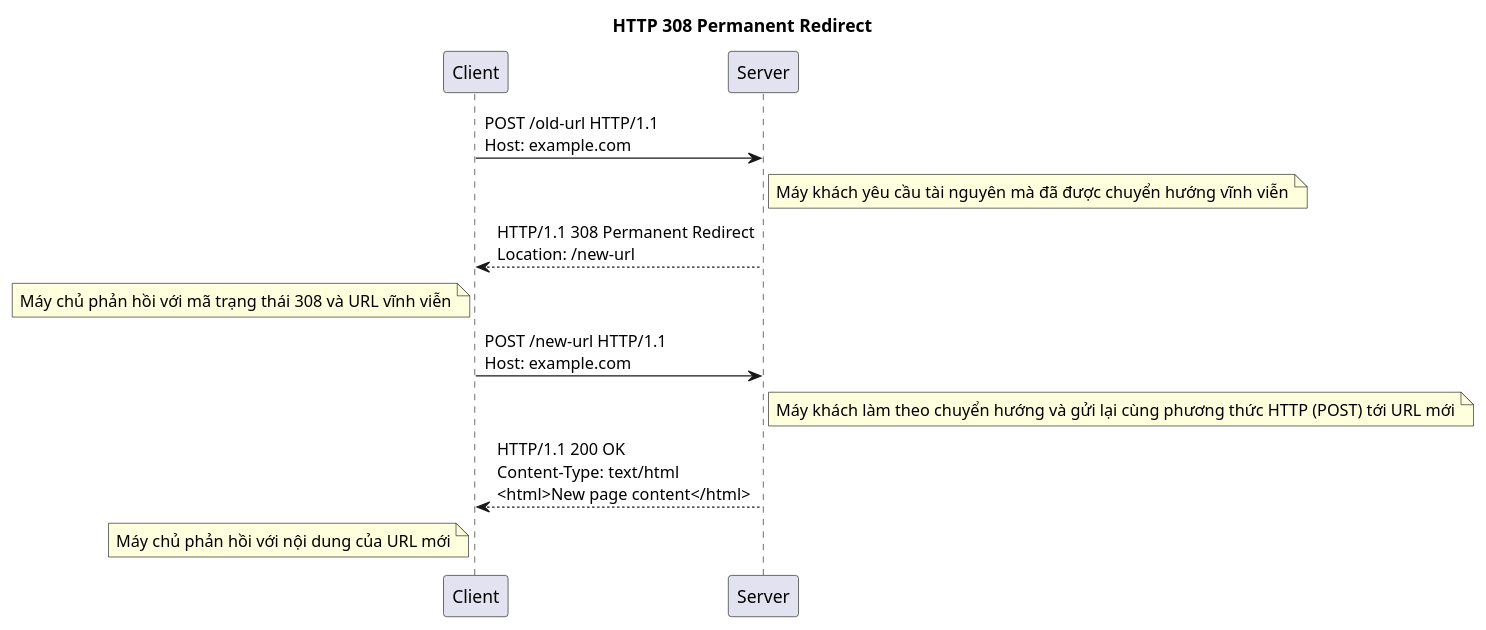
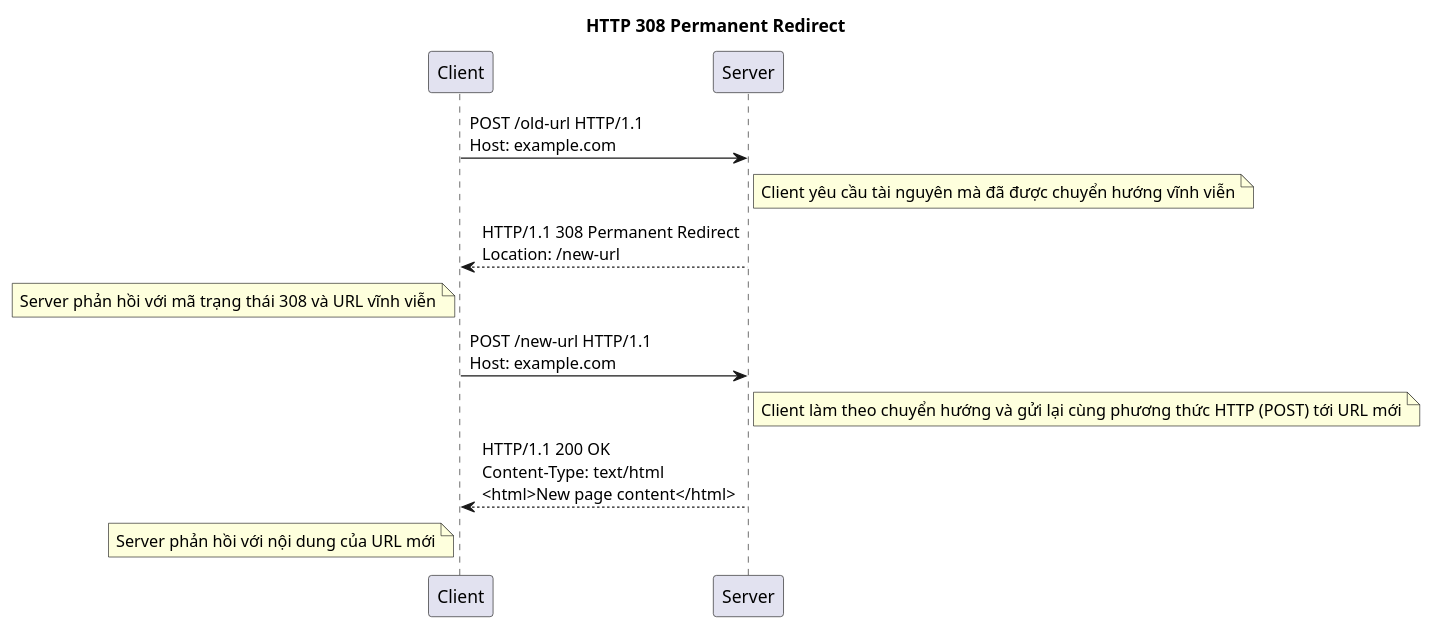
One commit to thanhlv-com/thanhlv-blog changed diagram 18 of 27 in packages/apps/src/blog/2024-12-05-y-nghia-cua-cac-http-status-code.md. Above: the diagram before and after it, drawn with PlantUML. The commit also changed other lines of this file, not shown here.

````diff
--- a/packages/apps/src/blog/2024-12-05-y-nghia-cua-cac-http-status-code.md
+++ b/packages/apps/src/blog/2024-12-05-y-nghia-cua-cac-http-status-code.md
@@ -623,21 +623,21 @@
 ```plantuml
 @startuml
 
 title HTTP 308 Permanent Redirect
 
 participant "Client" as C
 participant "Server" as S
 
 C -> S: POST /old-url HTTP/1.1\nHost: example.com
-note right of S: Máy khách yêu cầu tài nguyên mà đã được chuyển hướng vĩnh viễn
+note right of S: Client yêu cầu tài nguyên mà đã được chuyển hướng vĩnh viễn
 
 S --> C: HTTP/1.1 308 Permanent Redirect\nLocation: /new-url
-note left of C: Máy chủ phản hồi với mã trạng thái 308 và URL vĩnh viễn
+note left of C: Server phản hồi với mã trạng thái 308 và URL vĩnh viễn
 
 C -> S: POST /new-url HTTP/1.1\nHost: example.com
-note right of S: Máy khách làm theo chuyển hướng và gửi lại cùng phương thức HTTP (POST) tới URL mới
+note right of S: Client làm theo chuyển hướng và gửi lại cùng phương thức HTTP (POST) tới URL mới
 
 S --> C: HTTP/1.1 200 OK\nContent-Type: text/html\n<html>New page content</html>
-note left of C: Máy chủ phản hồi với nội dung của URL mới
+note left of C: Server phản hồi với nội dung của URL mới
 @enduml
 ```
````
